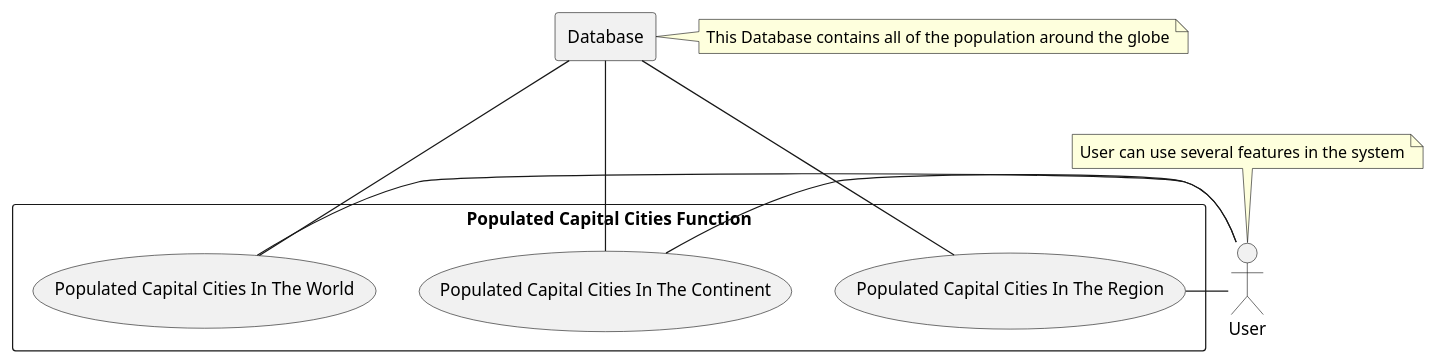
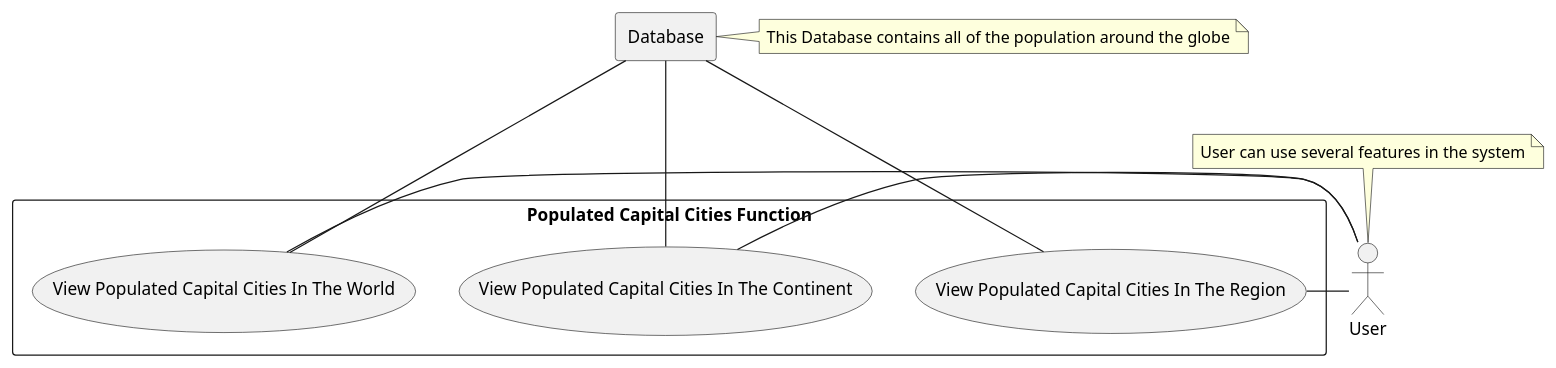
The diagram in use-cases/PopulatedCaptialCitiesFunction.puml (40437404/DevOps_SET09623), drawn with PlantUML before and after one commit. The commit also changed 9 other files, not shown here.

Commit message:
UseCase Diagrams Updated

```diff
--- a/use-cases/PopulatedCaptialCitiesFunction.puml
+++ b/use-cases/PopulatedCaptialCitiesFunction.puml
@@ -1,17 +1,17 @@
 @startuml
     actor user as "User"
     note top of user: User can use several features in the system
     rectangle db as "Database"
     note right of db: This Database contains all of the population around the globe
     rectangle "Populated Capital Cities Function"{
-        usecase PCaWORLD as "Populated Capital Cities In The World"
-        usecase PCaCONTINENT as "Populated Capital Cities In The Continent"
-        usecase PCaREGION as "Populated Capital Cities In The Region"
+        usecase PCaWORLD as "View Populated Capital Cities In The World"
+        usecase PCaCONTINENT as "View Populated Capital Cities In The Continent"
+        usecase PCaREGION as "View Populated Capital Cities In The Region"
         user - PCaWORLD
         user - PCaCONTINENT
         user - PCaREGION
         db --- PCaWORLD
         db --- PCaCONTINENT
         db --- PCaREGION
     }
 @enduml
```
